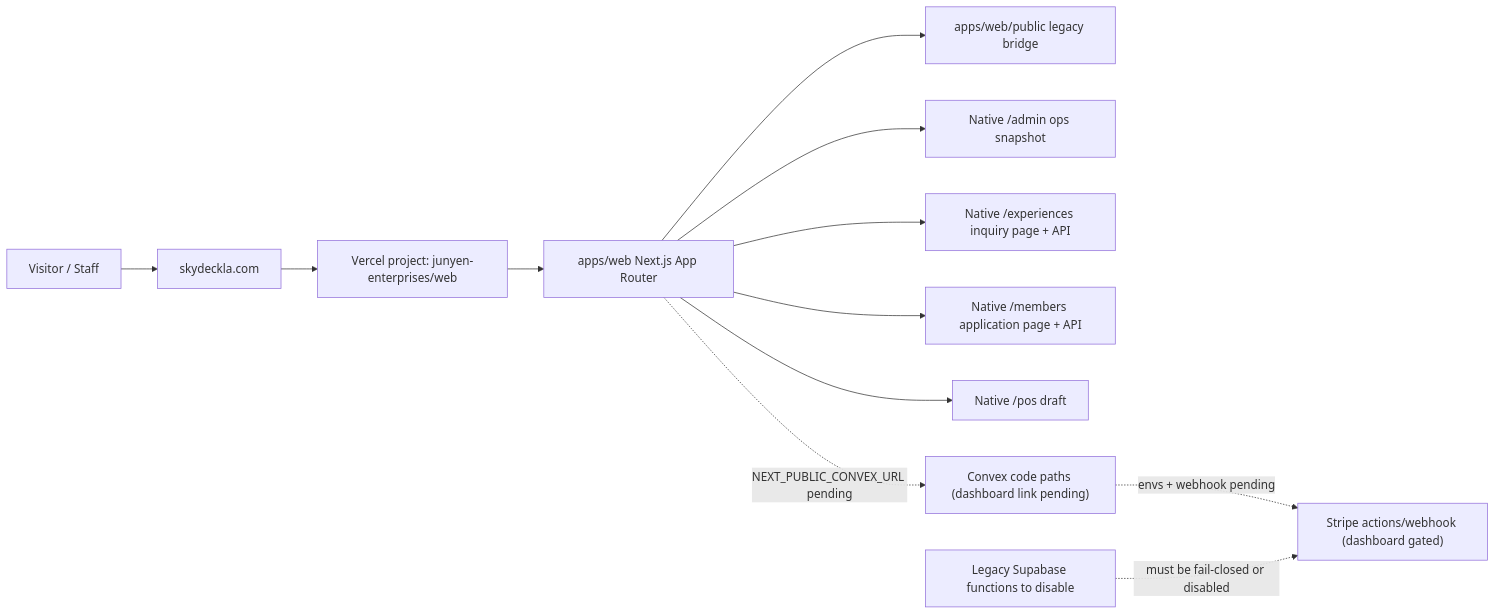
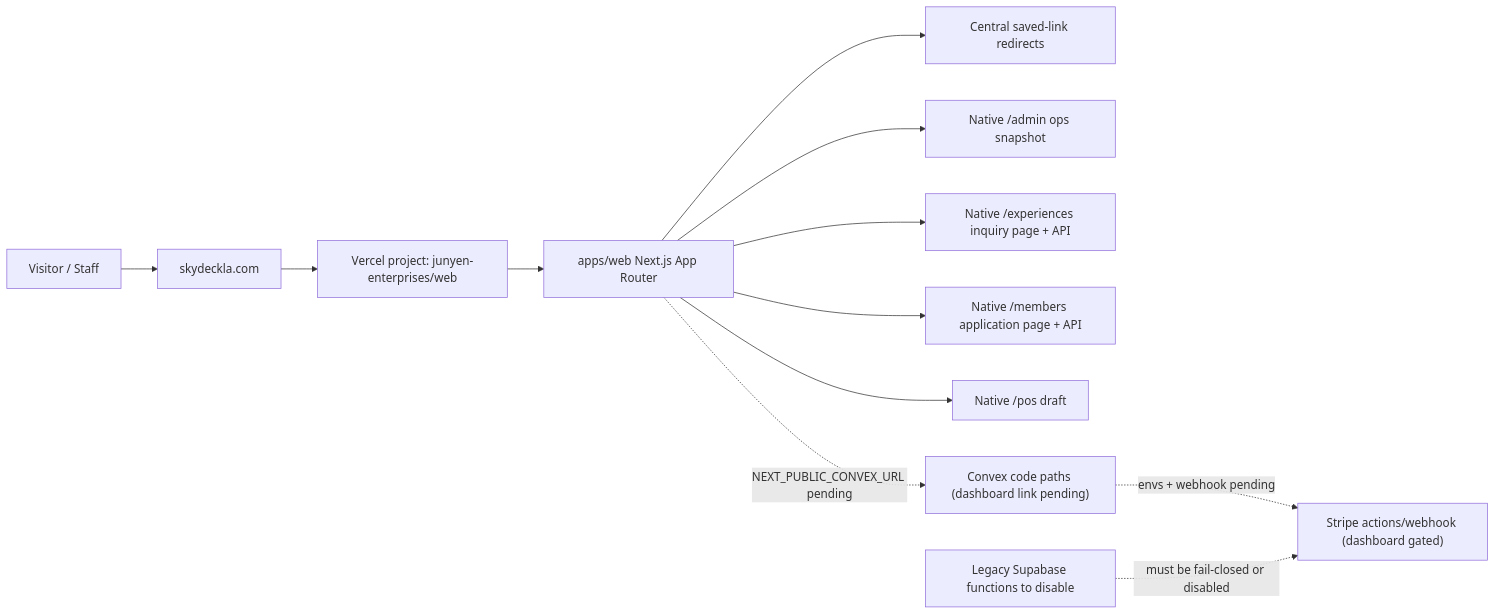
Before and after one commit to junyengit/skyla: the first of 2 diagrams in docs/phase-2-roadmap.md, drawn with Mermaid. The commit also changed other lines of this file and 38 other files, not shown here.

````diff
--- a/docs/phase-2-roadmap.md
+++ b/docs/phase-2-roadmap.md
@@ -20,27 +21,27 @@
 ```mermaid
 flowchart LR
   visitor["Visitor / Staff"]
   domain["skydeckla.com"]
   vercel["Vercel project: junyen-enterprises/web"]
   next["apps/web Next.js App Router"]
-  bridge["apps/web/public legacy bridge"]
+  redirects["Central saved-link redirects"]
   admin["Native /admin ops snapshot"]
   experiences["Native /experiences inquiry page + API"]
   members["Native /members application page + API"]
   posDraft["Native /pos draft"]
   convex["Convex code paths (dashboard link pending)"]
   stripe["Stripe actions/webhook (dashboard gated)"]
   supabase["Legacy Supabase functions to disable"]
 
   visitor --> domain
   domain --> vercel
   vercel --> next
-  next --> bridge
+  next --> redirects
   next --> admin
   next --> experiences
   next --> members
   next --> posDraft
   next -. "NEXT_PUBLIC_CONVEX_URL pending" .-> convex
   convex -. "envs + webhook pending" .-> stripe
   supabase -. "must be fail-closed or disabled" .-> stripe
 ```
````
